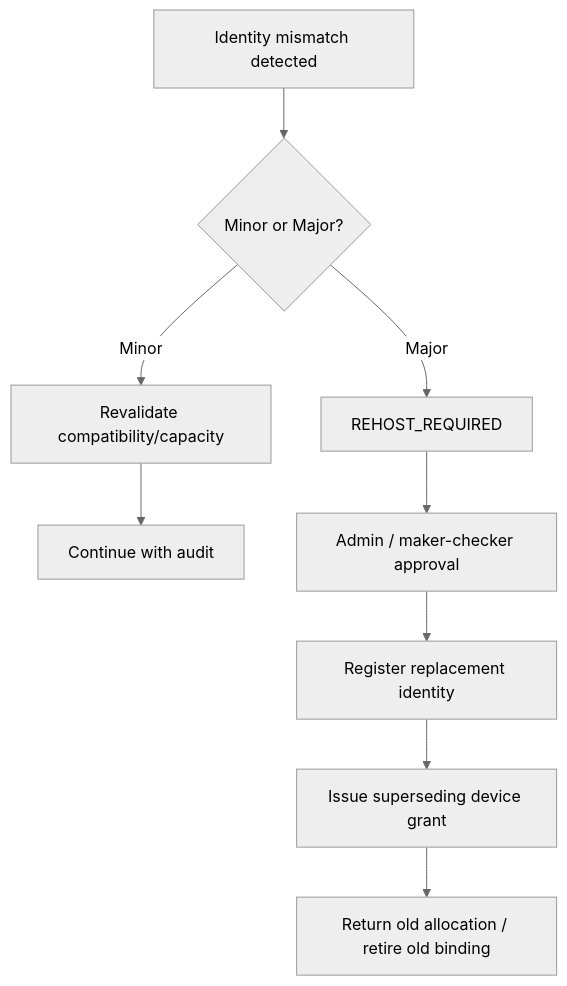
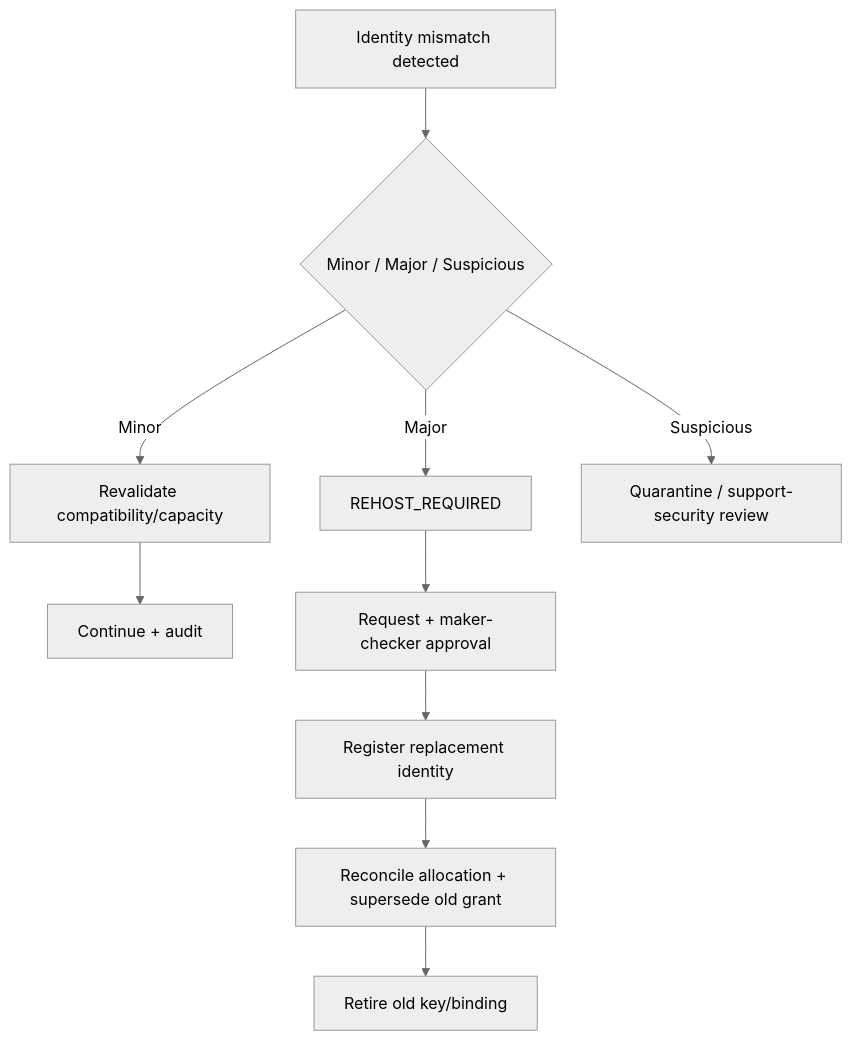
Before and after one commit to Niranjan1005/lms: the diagram in docs/edge/device-identity.md, drawn with Mermaid (neutral theme). The commit also changed other lines of this file, not shown here.

Commit message:
docs: deepen device identity lifecycle

```diff
--- a/docs/edge/device-identity.md
+++ b/docs/edge/device-identity.md
@@ -27,11 +56,12 @@
 ~~~mermaid
 flowchart TD
-    A[Identity mismatch detected] --> B{Minor or Major?}
+    A[Identity mismatch detected] --> B{Minor / Major / Suspicious}
     B -->|Minor| C[Revalidate compatibility/capacity]
-    C --> D[Continue with audit]
+    C --> D[Continue + audit]
     B -->|Major| E[REHOST_REQUIRED]
-    E --> F[Admin / maker-checker approval]
+    B -->|Suspicious| Q[Quarantine / support-security review]
+    E --> F[Request + maker-checker approval]
     F --> G[Register replacement identity]
-    G --> H[Issue superseding device grant]
-    H --> I[Return old allocation / retire old binding]
+    G --> H[Reconcile allocation + supersede old grant]
+    H --> I[Retire old key/binding]
 ~~~
```
